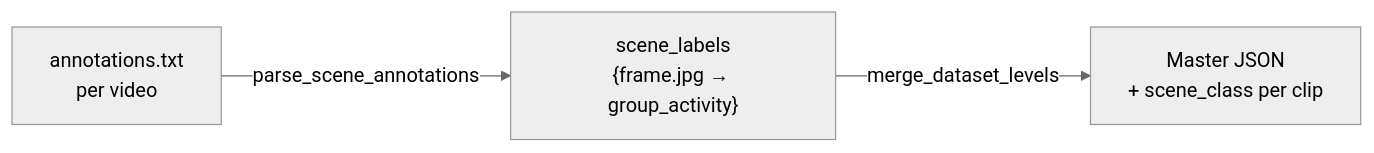
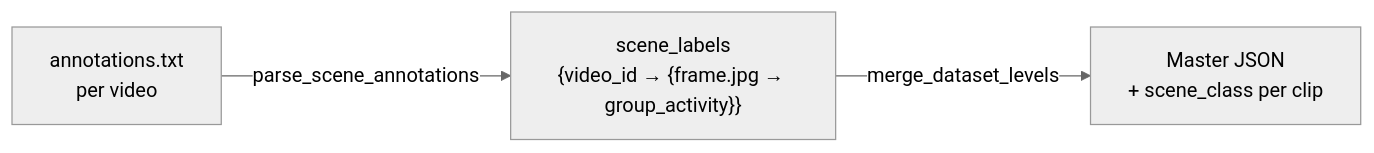
The third of 5 diagrams in README.md (omarTBakr/Volleyball-Group-Activity-Recognition), drawn with Mermaid (neutral theme) before and after one commit. The commit also changed other lines of this file and 20 other files, not shown here.

````diff
--- a/README.md
+++ b/README.md
@@ -291,5 +319,5 @@
 ```mermaid
 flowchart LR
-    AN[annotations.txt<br>per video] -->|parse_scene_annotations| SL["scene_labels<br>{frame.jpg → group_activity}"]
+    AN[annotations.txt<br>per video] -->|parse_scene_annotations| SL["scene_labels<br>{video_id → {frame.jpg → group_activity}}"]
     SL -->|merge_dataset_levels| MJ["Master JSON<br>+ scene_class per clip"]
 ```
````
